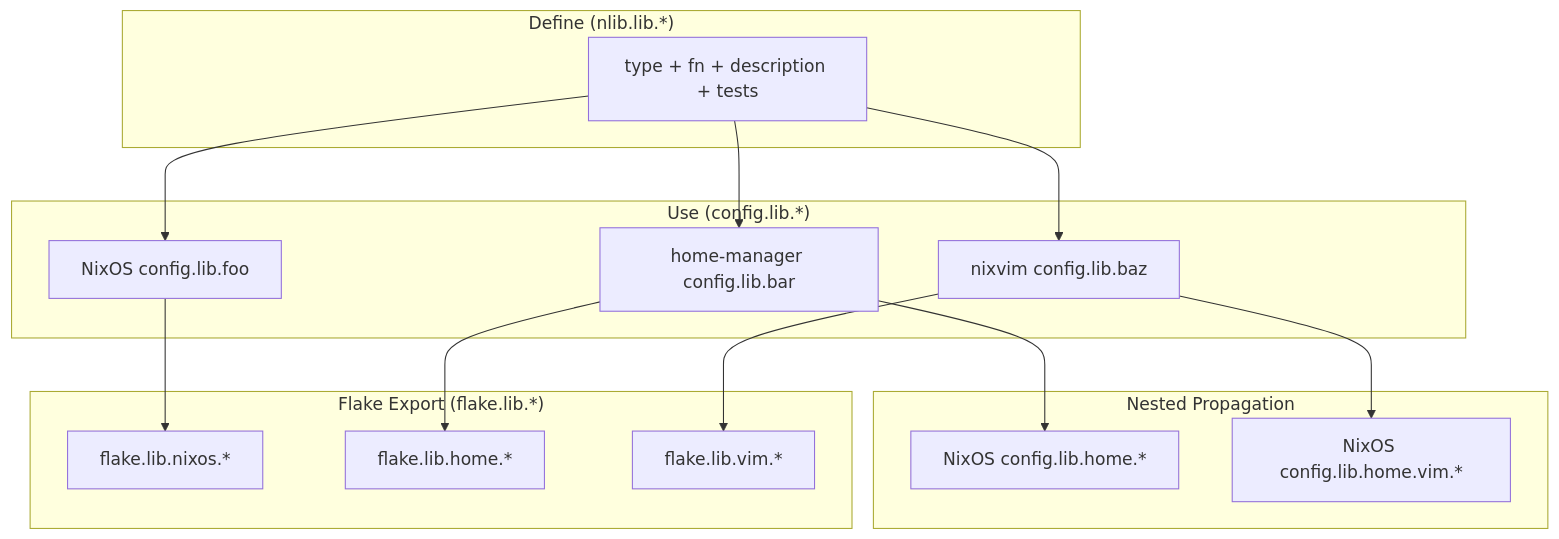
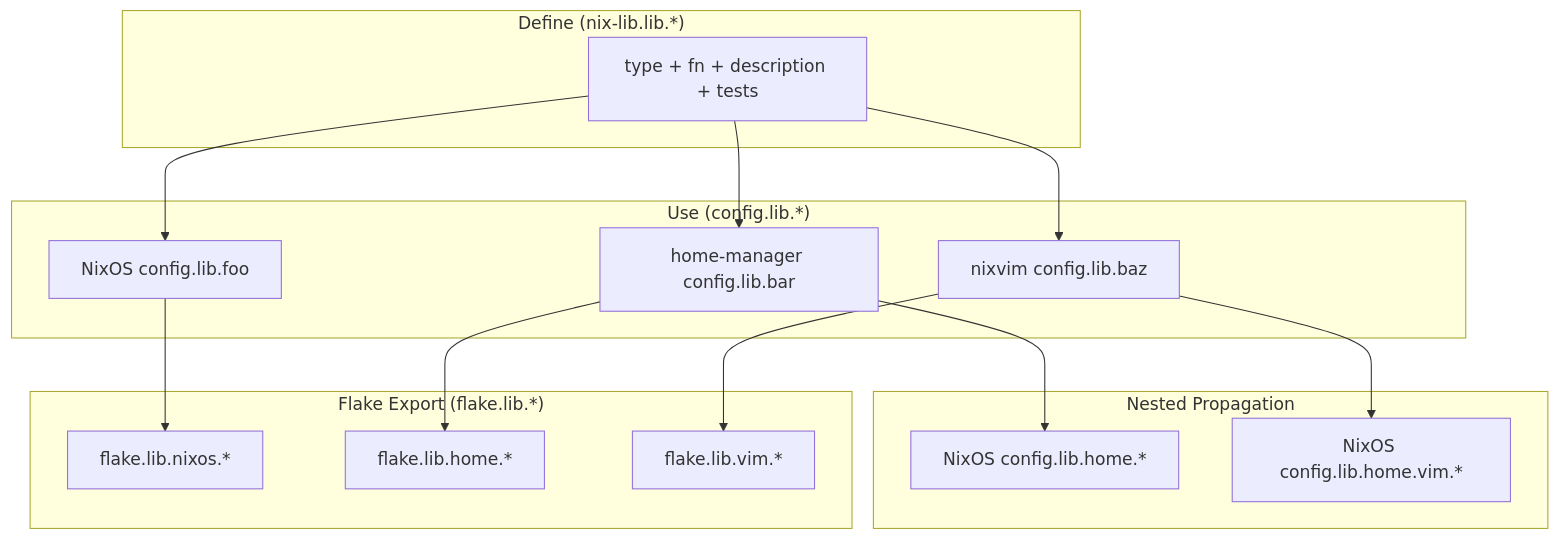
One commit to Dauliac/nix-lib changed the second of 4 diagrams in README.md. Above: the diagram before and after it, drawn with Mermaid. The commit also changed other lines of this file and 50 other files, not shown here.

First line of the commit message:
refactor: rename nlib to nix-lib

````diff
--- a/README.md
+++ b/README.md
@@ -103,32 +103,32 @@
 ```mermaid
 flowchart TB
-    subgraph Define["Define (nlib.lib.*)"]
+    subgraph Define["Define (nix-lib.lib.*)"]
         D1[type + fn + description + tests]
     end
 
     subgraph Use["Use (config.lib.*)"]
         U1[NixOS config.lib.foo]
         U2[home-manager config.lib.bar]
         U3[nixvim config.lib.baz]
     end
 
     subgraph Propagate["Nested Propagation"]
         P1[NixOS config.lib.home.*]
         P2[NixOS config.lib.home.vim.*]
     end
 
     subgraph Export["Flake Export (flake.lib.*)"]
         E1[flake.lib.nixos.*]
         E2[flake.lib.home.*]
         E3[flake.lib.vim.*]
     end
 
     D1 --> U1
     D1 --> U2
     D1 --> U3
     U2 --> P1
     U3 --> P2
     U1 --> E1
     U2 --> E2
     U3 --> E3
 ```
````
